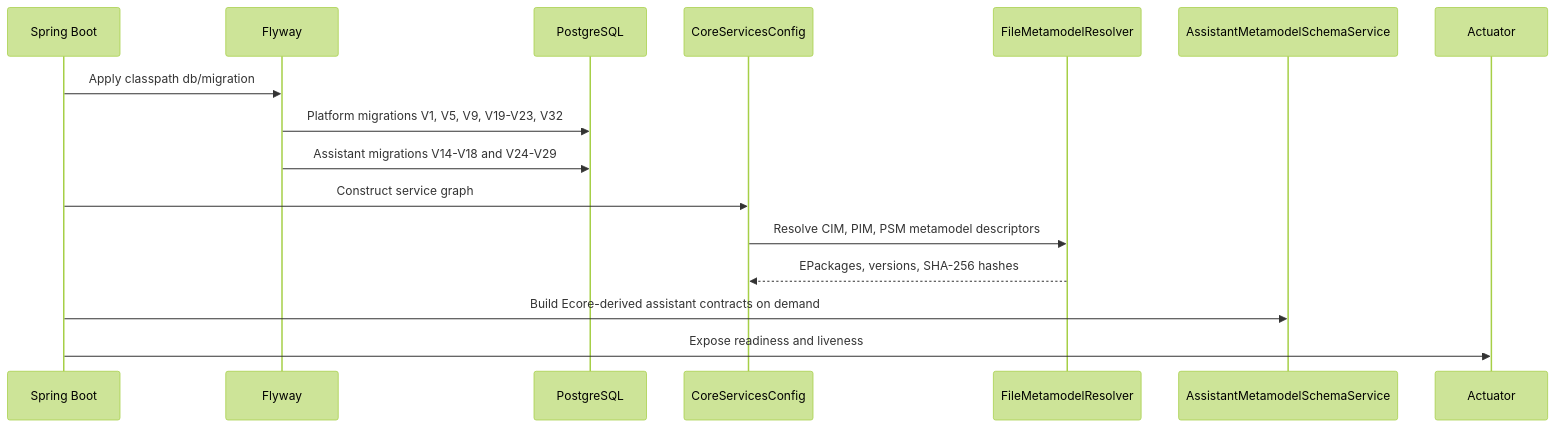
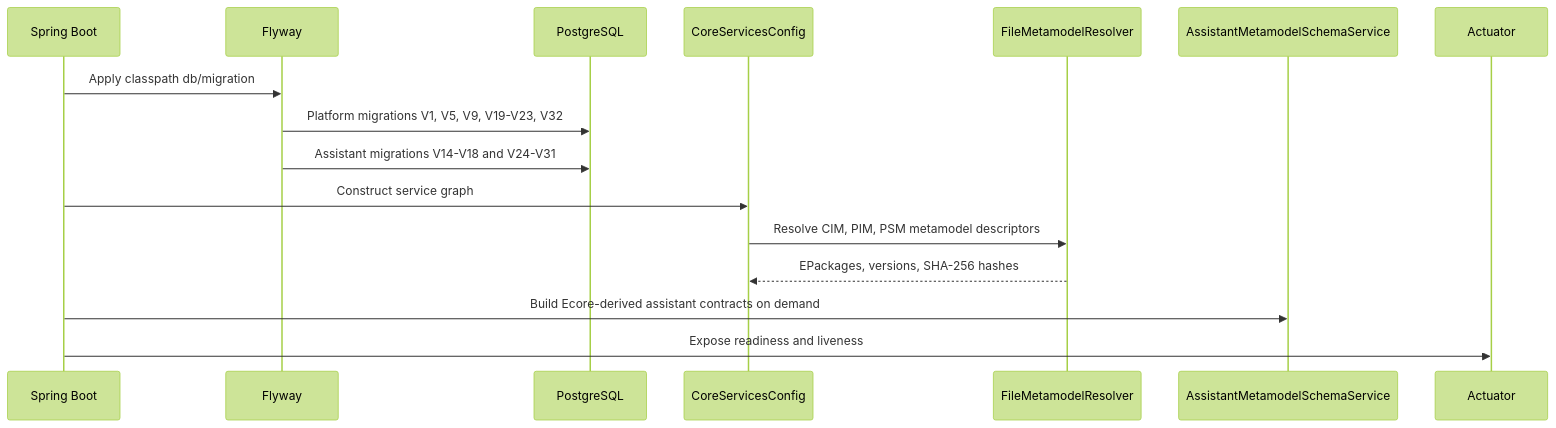
One commit to mehdieidi/modriss changed the second of 2 diagrams in docs/diagrams/04-deployment-and-runtime.md. Above: the diagram before and after it, drawn with Mermaid (forest theme). The commit also changed other lines of this file and 34 other files, not shown here.

````diff
--- a/docs/diagrams/04-deployment-and-runtime.md
+++ b/docs/diagrams/04-deployment-and-runtime.md
@@ -67,19 +67,19 @@
 ```mermaid
 sequenceDiagram
     participant Boot as Spring Boot
     participant Flyway
     participant DB as PostgreSQL
     participant Core as CoreServicesConfig
     participant Meta as FileMetamodelResolver
     participant Contracts as AssistantMetamodelSchemaService
     participant Health as Actuator
 
     Boot->>Flyway: Apply classpath db/migration
     Flyway->>DB: Platform migrations V1, V5, V9, V19-V23, V32
-    Flyway->>DB: Assistant migrations V14-V18 and V24-V29
+    Flyway->>DB: Assistant migrations V14-V18 and V24-V31
     Boot->>Core: Construct service graph
     Core->>Meta: Resolve CIM, PIM, PSM metamodel descriptors
     Meta-->>Core: EPackages, versions, SHA-256 hashes
     Boot->>Contracts: Build Ecore-derived assistant contracts on demand
     Boot->>Health: Expose readiness and liveness
 ```
````
